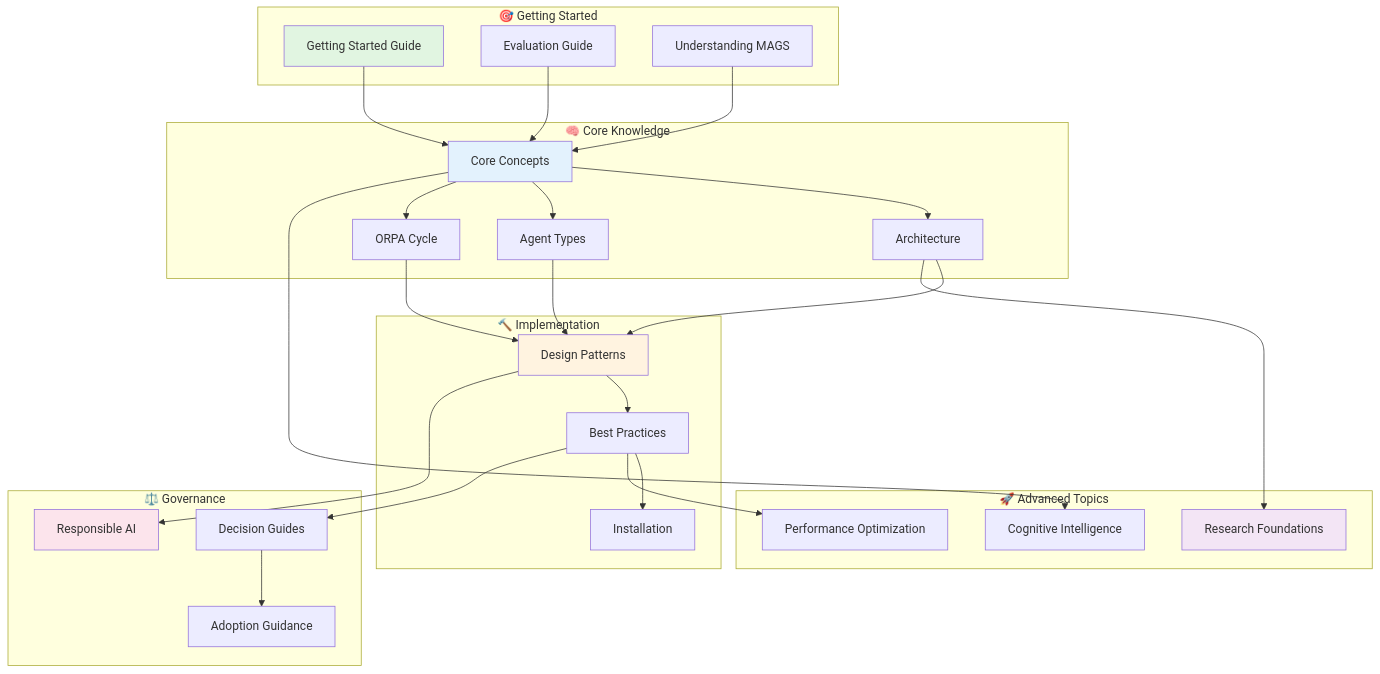
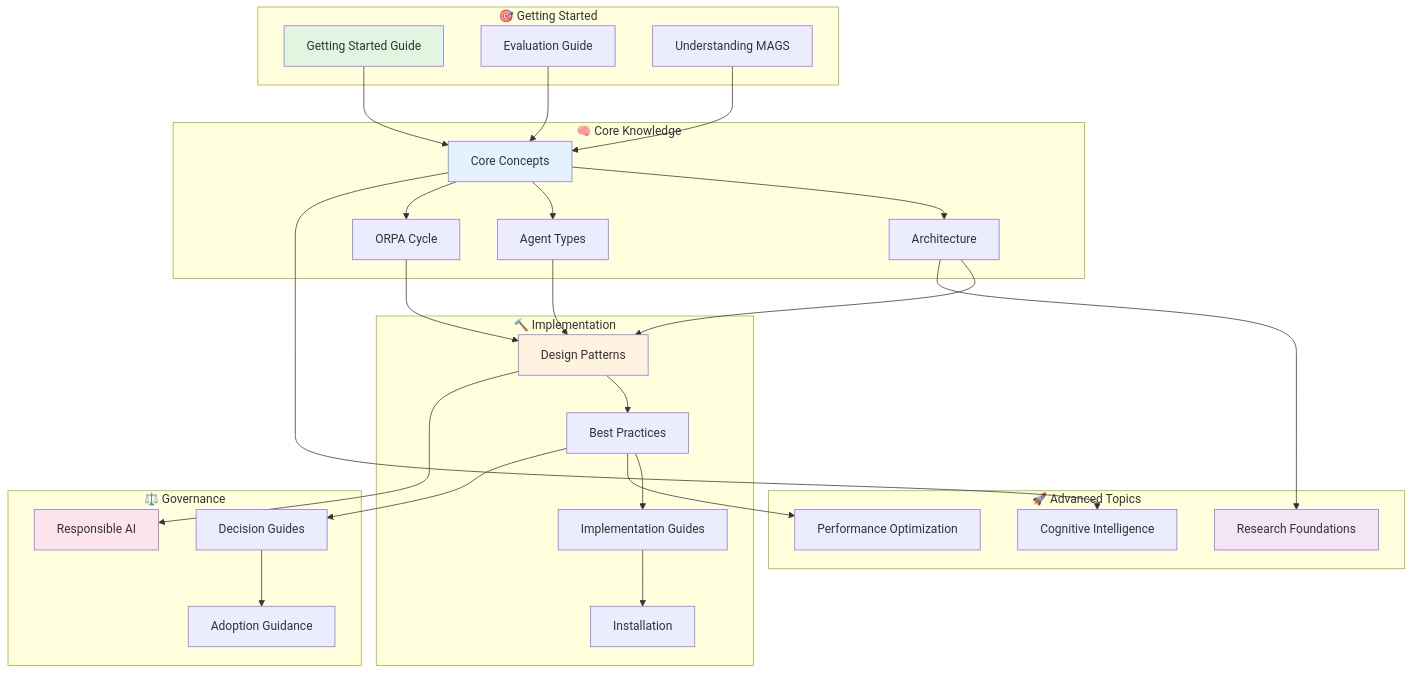
Before and after one commit to XMPro/Multi-Agent: the diagram in README.md, drawn with Mermaid. The commit also changed other lines of this file and 29 other files, not shown here.

First line of the commit message:
docs: enhance README with structured documentation journey and implementation guides

````diff
--- a/README.md
+++ b/README.md
@@ -74,62 +96,64 @@
 ```mermaid
 graph TB
     subgraph "🎯 Getting Started"
         GS[Getting Started Guide]
         Eval[Evaluation Guide]
         Understand[Understanding MAGS]
     end
     
     subgraph "🧠 Core Knowledge"
         Concepts[Core Concepts]
         Arch[Architecture]
         Types[Agent Types]
         ORPA[ORPA Cycle]
     end
     
     subgraph "🔨 Implementation"
         Patterns[Design Patterns]
         Best[Best Practices]
+        IG[Implementation Guides]
         Install[Installation]
     end
     
     subgraph "🚀 Advanced Topics"
         Research[Research Foundations]
         Cognitive[Cognitive Intelligence]
         Perf[Performance Optimization]
     end
     
     subgraph "⚖️ Governance"
         RAI[Responsible AI]
         Decision[Decision Guides]
         Adoption[Adoption Guidance]
     end
     
     GS --> Concepts
     Eval --> Concepts
     Understand --> Concepts
     
     Concepts --> Arch
     Concepts --> Types
     Concepts --> ORPA
     
     Arch --> Patterns
     Types --> Patterns
     ORPA --> Patterns
     
     Patterns --> Best
-    Best --> Install
+    Best --> IG
+    IG --> Install
     
     Arch --> Research
     Concepts --> Cognitive
     Best --> Perf
     
     Patterns --> RAI
     Best --> Decision
     Decision --> Adoption
     
     style GS fill:#e1f5e1
     style Concepts fill:#e3f2fd
     style Patterns fill:#fff3e0
     style Research fill:#f3e5f5
     style RAI fill:#fce4ec
 ```
````
